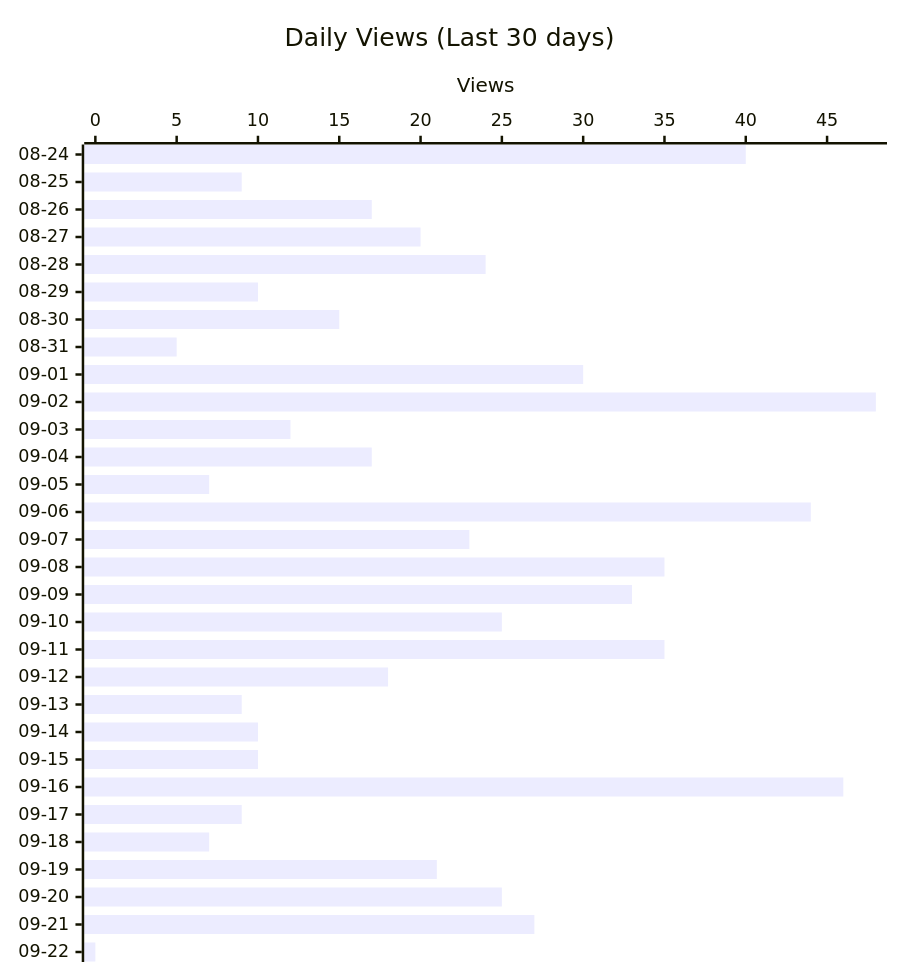
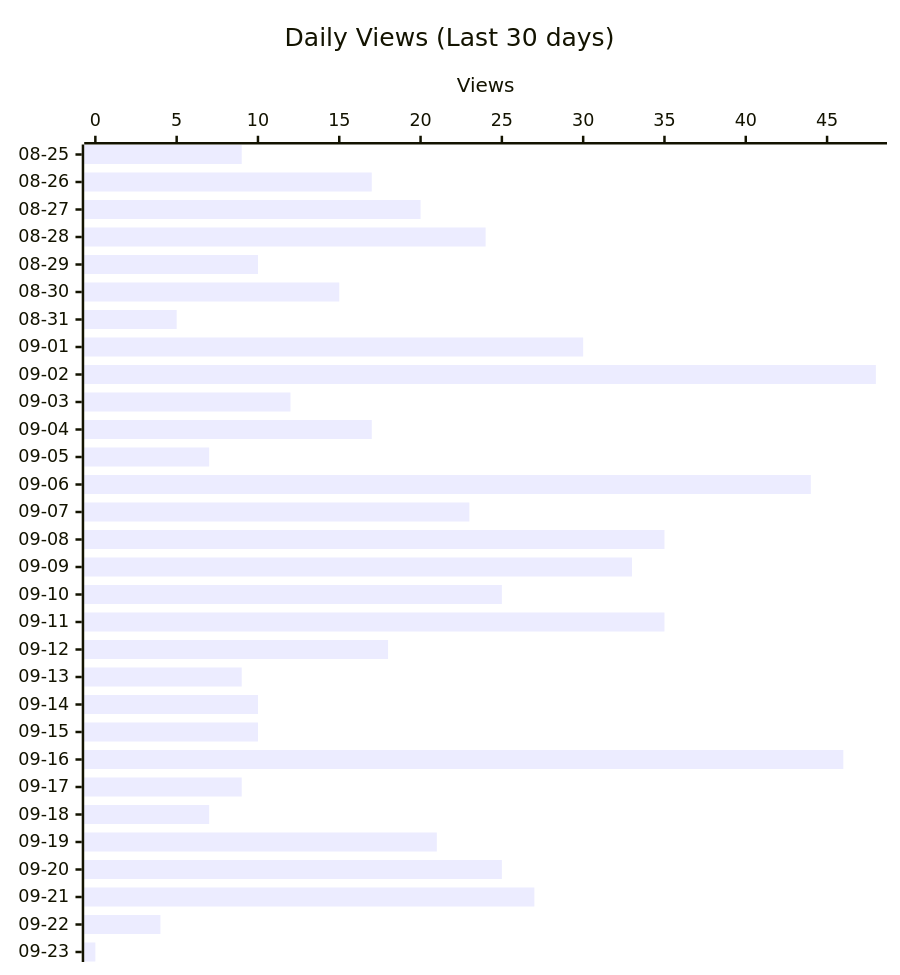
Before and after one commit to shigechika/github-insights: the second of 4 diagrams in README.md, drawn with Mermaid. The commit also changed other lines of this file and 2 other files, not shown here.

````diff
--- a/README.md
+++ b/README.md
@@ -28,12 +28,12 @@
 ```mermaid
 ---
 config:
   xyChart:
     height: 760
 ---
 xychart-beta horizontal
     title "Daily Views (Last 30 days)"
-    x-axis ["08-24", "08-25", "08-26", "08-27", "08-28", "08-29", "08-30", "08-31", "09-01", "09-02", "09-03", "09-04", "09-05", "09-06", "09-07", "09-08", "09-09", "09-10", "09-11", "09-12", "09-13", "09-14", "09-15", "09-16", "09-17", "09-18", "09-19", "09-20", "09-21", "09-22"]
+    x-axis ["08-25", "08-26", "08-27", "08-28", "08-29", "08-30", "08-31", "09-01", "09-02", "09-03", "09-04", "09-05", "09-06", "09-07", "09-08", "09-09", "09-10", "09-11", "09-12", "09-13", "09-14", "09-15", "09-16", "09-17", "09-18", "09-19", "09-20", "09-21", "09-22", "09-23"]
     y-axis "Views"
-    bar [40, 9, 17, 20, 24, 10, 15, 5, 30, 48, 12, 17, 7, 44, 23, 35, 33, 25, 35, 18, 9, 10, 10, 46, 9, 7, 21, 25, 27, 0]
+    bar [9, 17, 20, 24, 10, 15, 5, 30, 48, 12, 17, 7, 44, 23, 35, 33, 25, 35, 18, 9, 10, 10, 46, 9, 7, 21, 25, 27, 4, 0]
 ```
````
